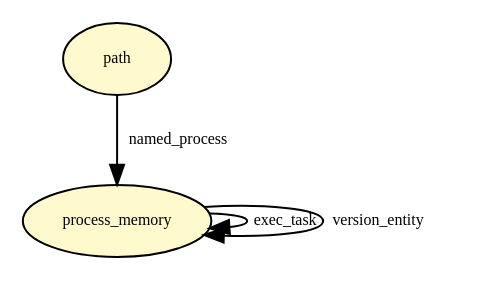
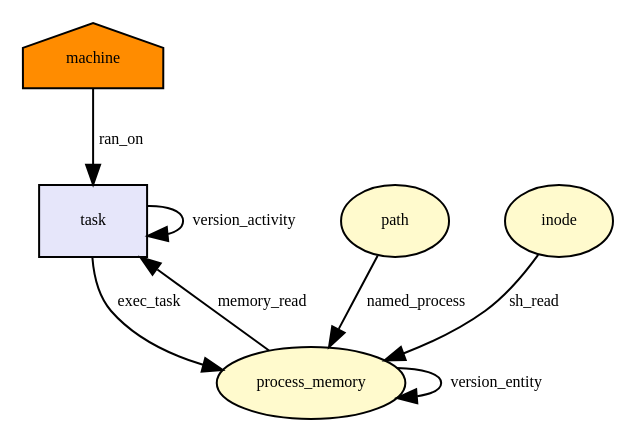
One commit to CamFlow/camflow-dev changed the diagram in docs/dot/bprm_committing_creds.dot. Above: the diagram before and after it, drawn with Graphviz. The commit also changed 4 other files, not shown here.

```diff
--- a/docs/dot/bprm_committing_creds.dot
+++ b/docs/dot/bprm_committing_creds.dot
@@ -1,11 +1,25 @@
-digraph RGL__DirectedAdjacencyGraph {path[fontsize = 8,label = path,shape = ellipse, fillcolor="#fffacd", style = filled]
+digraph RGL__DirectedAdjacencyGraph {machine[fontsize = 8,label = machine,shape = house, fillcolor="#ff8c00", style = filled]
+
+task[fontsize = 8,label = task,shape = rectangle, fillcolor="#e6e6fa", style = filled]
+
+machine -> task[fontsize = 8,label = ran_on]
+
+path[fontsize = 8,label = path,shape = ellipse, fillcolor="#fffacd", style = filled]
 
 process_memory[fontsize = 8,label = process_memory,shape = ellipse, fillcolor="#fffacd", style = filled]
 
 path -> process_memory[fontsize = 8,label = named_process]
 
-process_memory -> process_memory[fontsize = 8,label = exec_task]
+process_memory -> task[fontsize = 8,label = memory_read]
+
+task -> process_memory[fontsize = 8,label = exec_task]
+
+task -> task[fontsize = 8,label = version_activity]
 
 process_memory -> process_memory[fontsize = 8,label = version_entity]
 
+inode[fontsize = 8,label = inode,shape = ellipse, fillcolor="#fffacd", style = filled]
+
+inode -> process_memory[fontsize = 8,label = sh_read]
+
 }
```
